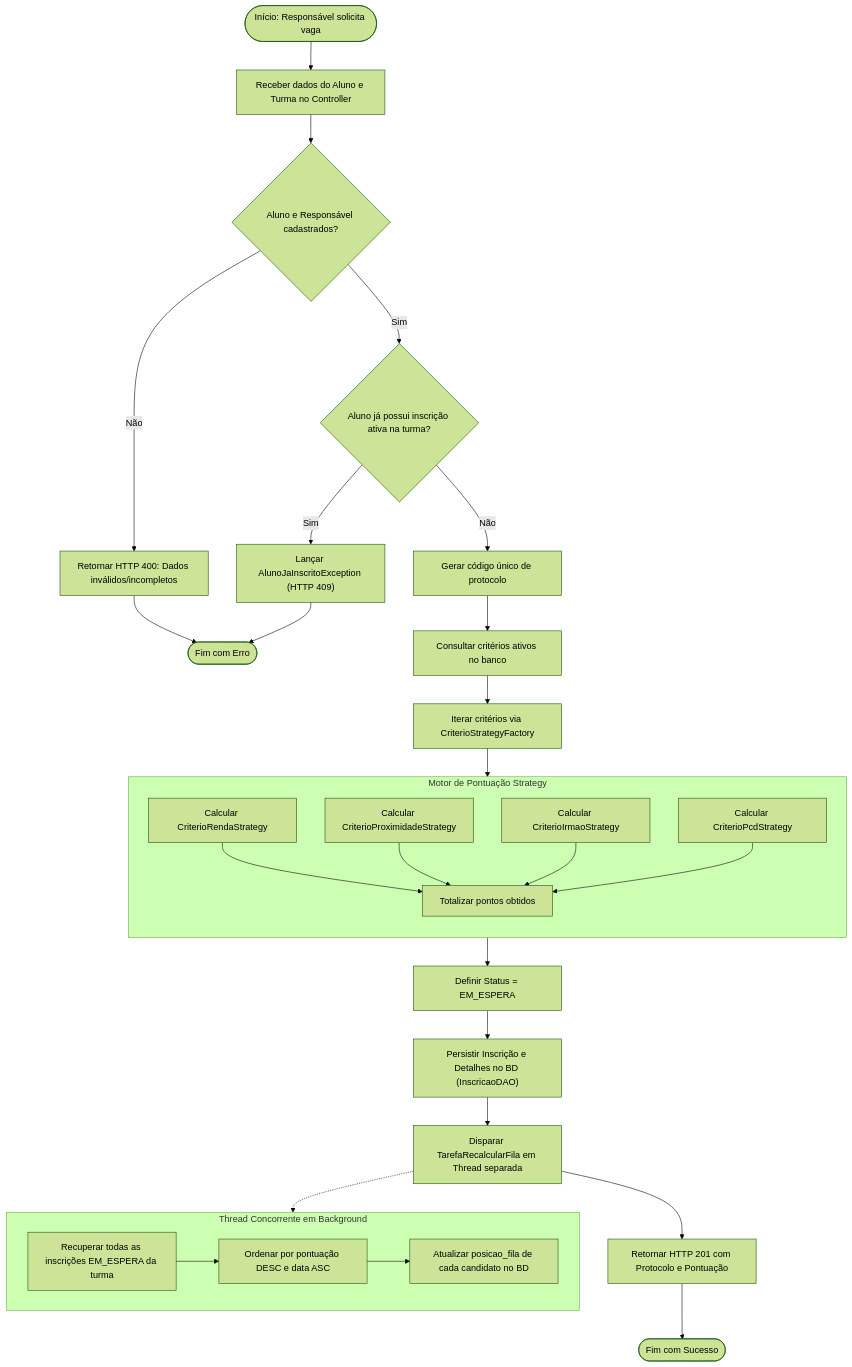
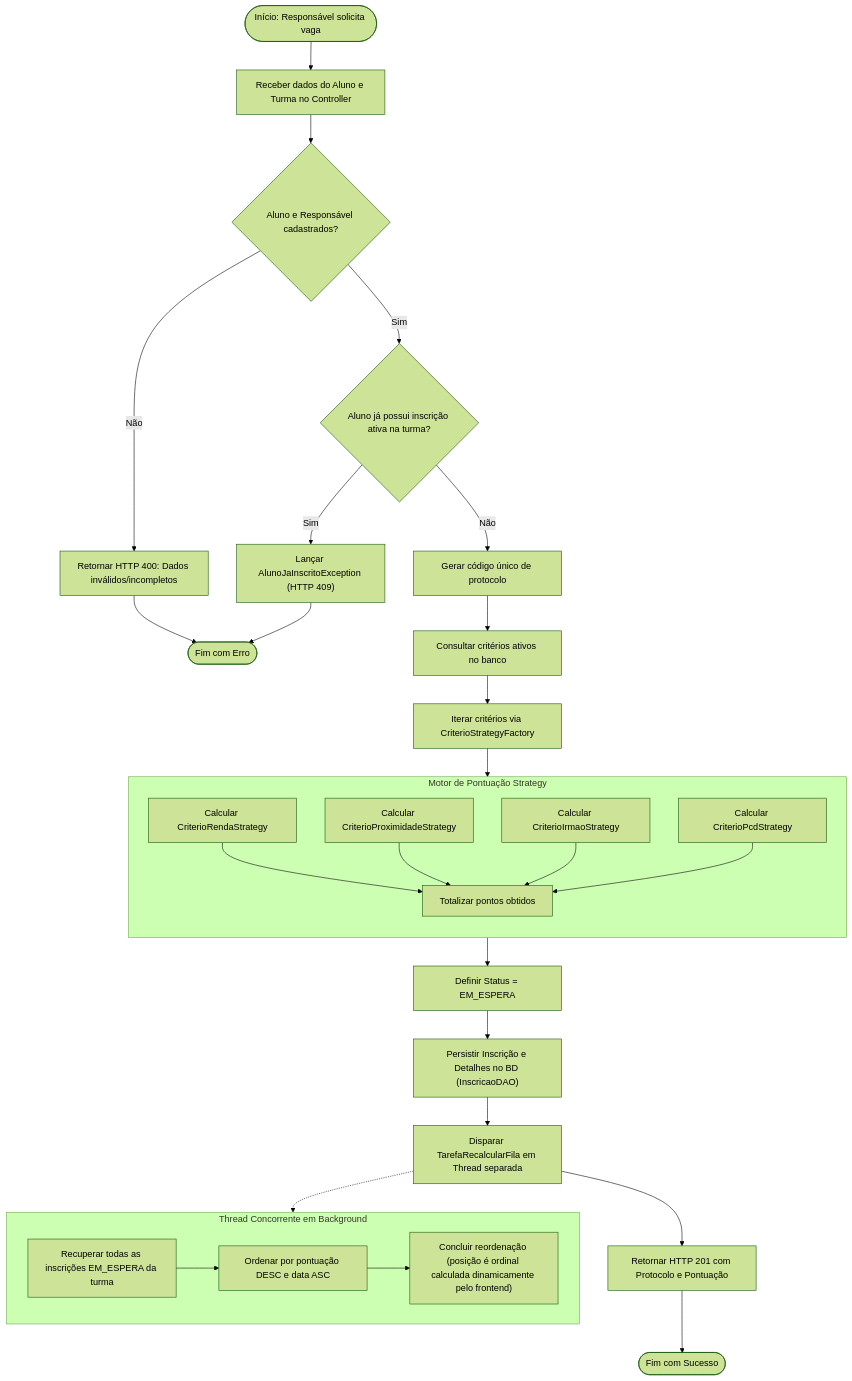
One commit to Sistema-Integrado-de-Vagas-Escolares/backend changed the diagram in diagramas/diagrama-atividades.md. Above: the diagram before and after it, drawn with Mermaid (forest theme). The commit also changed 7 other files, not shown here.

Commit message:
feat(inscricao): remove posicao fixa da fila

````diff
--- a/diagramas/diagrama-atividades.md
+++ b/diagramas/diagrama-atividades.md
@@ -9,43 +9,43 @@
 ```mermaid
 flowchart TD
     Inicio([Início: Responsável solicita vaga]) --> ReceberPayload["Receber dados do Aluno e Turma no Controller"]
     ReceberPayload --> ValidarCadastro{"Aluno e Responsável cadastrados?"}
 
     ValidarCadastro -- Não --> RetornarErroCadastro["Retornar HTTP 400: Dados inválidos/incompletos"] --> FimErro([Fim com Erro])
     ValidarCadastro -- Sim --> ChecarDuplicidade{"Aluno já possui inscrição ativa na turma?"}
 
     ChecarDuplicidade -- Sim --> LancarAlunoInscrito["Lançar AlunoJaInscritoException (HTTP 409)"] --> FimErro
     ChecarDuplicidade -- Não --> GerarProtocolo["Gerar código único de protocolo"]
 
     GerarProtocolo --> BuscarCriterios["Consultar critérios ativos no banco"]
     BuscarCriterios --> IniciarCalculoPontos["Iterar critérios via CriterioStrategyFactory"]
 
     subgraph CalculoStrategy["Motor de Pontuação Strategy"]
         direction TB
         Criterio1["Calcular CriterioRendaStrategy"]
         Criterio2["Calcular CriterioProximidadeStrategy"]
         Criterio3["Calcular CriterioIrmaoStrategy"]
         Criterio4["Calcular CriterioPcdStrategy"]
         Somar["Totalizar pontos obtidos"]
         Criterio1 --> Somar
         Criterio2 --> Somar
         Criterio3 --> Somar
         Criterio4 --> Somar
     end
 
     IniciarCalculoPontos --> CalculoStrategy
     CalculoStrategy --> DefinirStatus["Definir Status = EM_ESPERA"]
 
     DefinirStatus --> SalvarInscricao["Persistir Inscrição e Detalhes no BD (InscricaoDAO)"]
     SalvarInscricao --> DispararThread["Disparar TarefaRecalcularFila em Thread separada"]
 
     subgraph ThreadAsync["Thread Concorrente em Background"]
         OrdenarFila["Recuperar todas as inscrições EM_ESPERA da turma"]
         OrdenarFila --> OrdenarDecrescente["Ordenar por pontuação DESC e data ASC"]
-        OrdenarDecrescente --> AtualizarPosicoes["Atualizar posicao_fila de cada candidato no BD"]
+        OrdenarDecrescente --> LogConclusao["Concluir reordenação (posição é ordinal calculada dinamicamente pelo frontend)"]
     end
 
     DispararThread -.-> ThreadAsync
     DispararThread --> RetornarSucesso["Retornar HTTP 201 com Protocolo e Pontuação"]
     RetornarSucesso --> FimSucesso([Fim com Sucesso])
 ```
````
